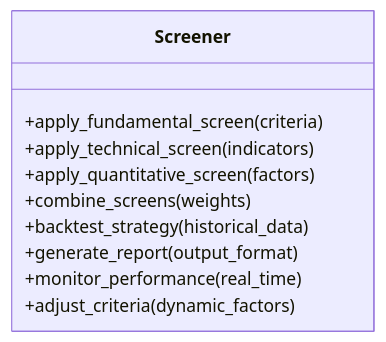
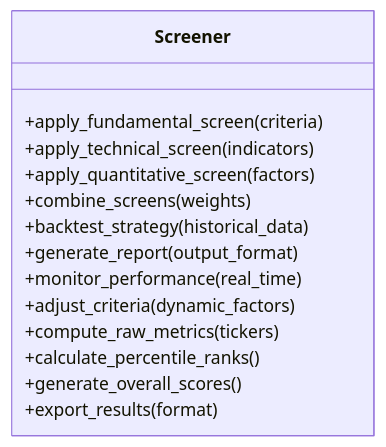
Before and after one commit to ZengSeng/telegram-bot: diagram 17 of 21 in .qoder/repowiki/en/content/Core Components/Data Engineering Module/Data Engineering Module.md, drawn with Mermaid. The commit also changed other lines of this file and 15 other files, not shown here.

````diff
--- a/.qoder/repowiki/en/content/Core Components/Data Engineering Module/Data Engineering Module.md
+++ b/.qoder/repowiki/en/content/Core Components/Data Engineering Module/Data Engineering Module.md
@@ -669,13 +1021,17 @@
 ```mermaid
 classDiagram
 class Screener {
 +apply_fundamental_screen(criteria)
 +apply_technical_screen(indicators)
 +apply_quantitative_screen(factors)
 +combine_screens(weights)
 +backtest_strategy(historical_data)
 +generate_report(output_format)
 +monitor_performance(real_time)
 +adjust_criteria(dynamic_factors)
++compute_raw_metrics(tickers)
++calculate_percentile_ranks()
++generate_overall_scores()
++export_results(format)
 }
 ```
````
